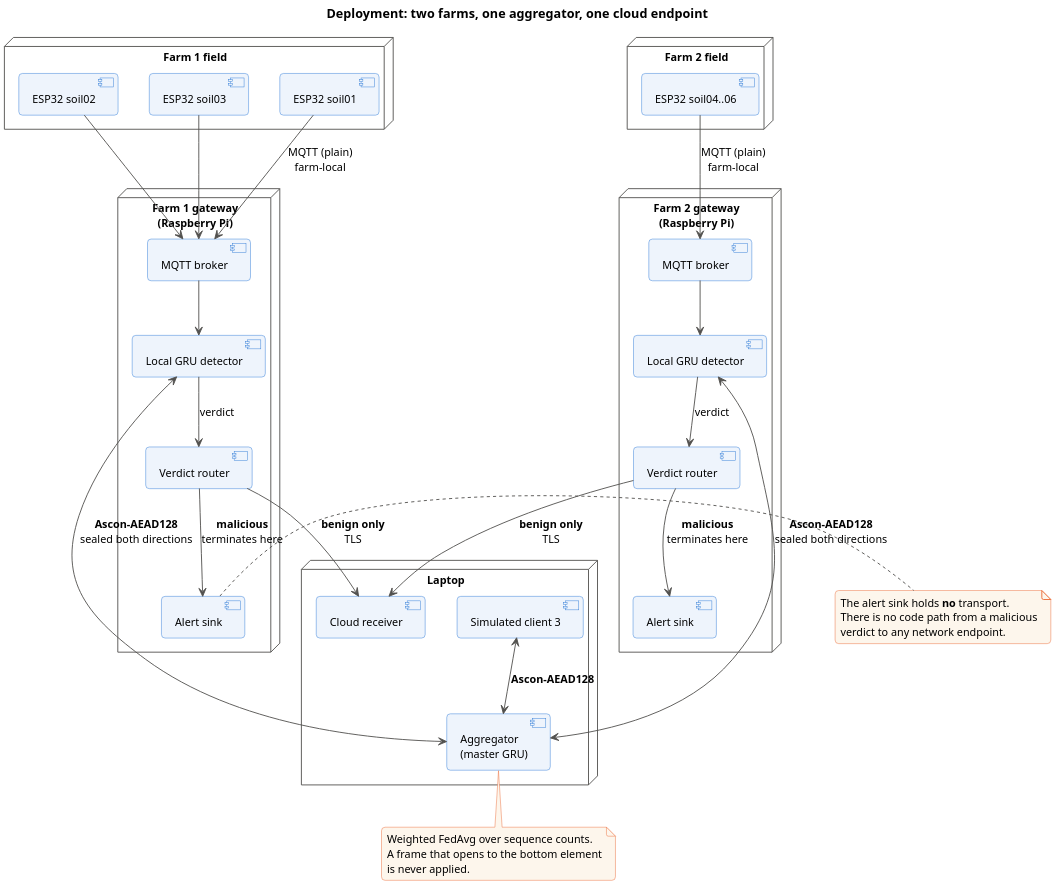
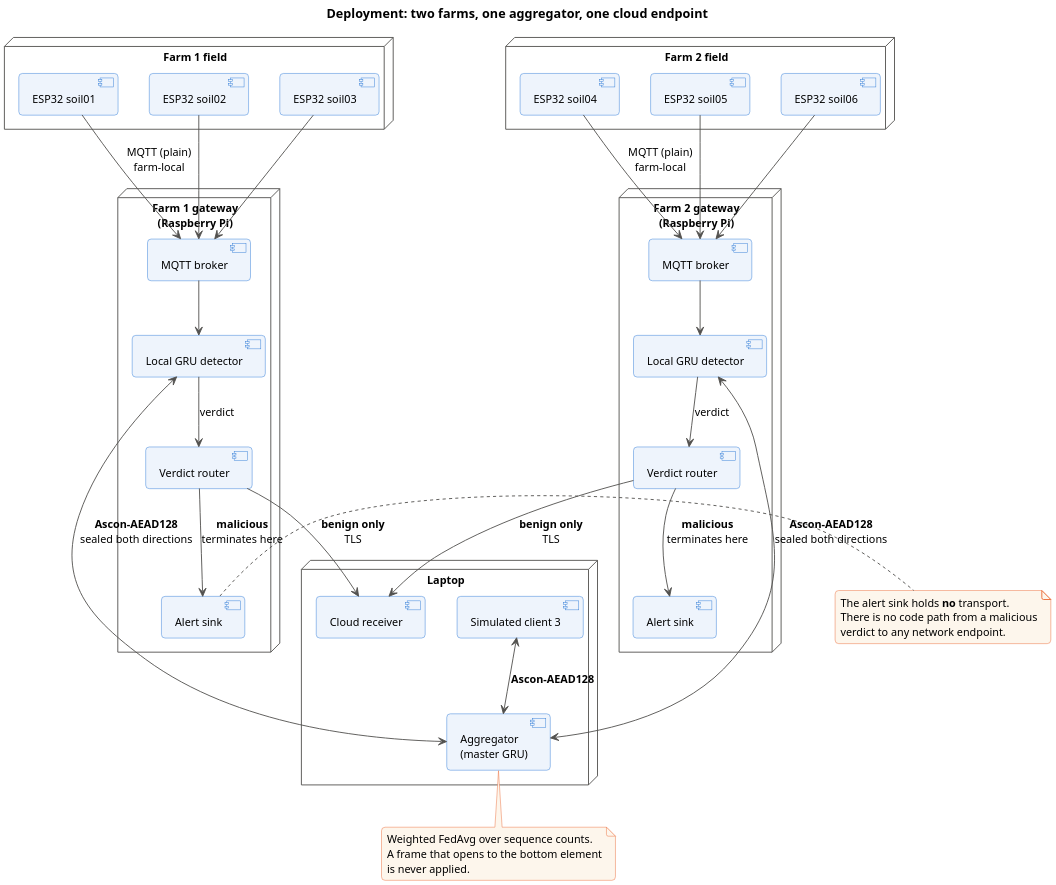
The diagram in paper/diagrams/01_deployment.puml (AryanAgarwal1251/ascon_smart_agri), drawn with PlantUML before and after one commit. The commit also changed 4 other files, not shown here.

```diff
--- a/paper/diagrams/01_deployment.puml
+++ b/paper/diagrams/01_deployment.puml
@@ -1,92 +1,96 @@
 @startuml deployment
 ' Deployment view: what runs where, and what protects each hop.
 ' Render: see paper/diagrams/README.md
 
 ' render at 2x so the raster export is print-resolution at column width
 scale 2
 skinparam defaultFontName Helvetica
 skinparam defaultFontSize 12
 skinparam shadowing false
 skinparam roundCorner 8
 skinparam ArrowColor #52514e
 skinparam NoteBackgroundColor #fdf6ec
 skinparam NoteBorderColor #eb6834
 
 skinparam node {
   BackgroundColor #ffffff
   BorderColor #52514e
 }
 skinparam component {
   BackgroundColor #eef4fc
   BorderColor #2a78d6
 }
 skinparam database {
   BackgroundColor #eef9f4
   BorderColor #1baf7a
 }
 
 title Deployment: two farms, one aggregator, one cloud endpoint
 
 node "Farm 1 field" as F1 {
   component "ESP32 soil01" as S1
   component "ESP32 soil02" as S2
   component "ESP32 soil03" as S3
 }
 
 node "Farm 1 gateway\n(Raspberry Pi)" as G1 {
   component "MQTT broker" as B1
   component "Local GRU detector" as D1
   component "Verdict router" as R1
   component "Alert sink" as A1
 }
 
 node "Farm 2 field" as F2 {
-  component "ESP32 soil04..06" as S4
+  component "ESP32 soil04" as S4
+  component "ESP32 soil05" as S5
+  component "ESP32 soil06" as S6
 }
 
 node "Farm 2 gateway\n(Raspberry Pi)" as G2 {
   component "MQTT broker" as B2
   component "Local GRU detector" as D2
   component "Verdict router" as R2
   component "Alert sink" as A2
 }
 
 node "Laptop" as L {
   component "Aggregator\n(master GRU)" as AGG
   component "Simulated client 3" as SIM
   component "Cloud receiver" as CLOUD
 }
 
 S1 --> B1 : MQTT (plain)\nfarm-local
 S2 --> B1
 S3 --> B1
 S4 --> B2 : MQTT (plain)\nfarm-local
+S5 --> B2
+S6 --> B2
 
 B1 --> D1
 B2 --> D2
 D1 --> R1 : verdict
 D2 --> R2 : verdict
 
 R1 --> A1 : <b>malicious</b>\nterminates here
 R2 --> A2 : <b>malicious</b>\nterminates here
 
 R1 --> CLOUD : <b>benign only</b>\nTLS
 R2 --> CLOUD : <b>benign only</b>\nTLS
 
 D1 <--> AGG : <b>Ascon-AEAD128</b>\nsealed both directions
 D2 <--> AGG : <b>Ascon-AEAD128</b>\nsealed both directions
 SIM <--> AGG : <b>Ascon-AEAD128</b>
 
 note right of A1
   The alert sink holds <b>no</b> transport.
   There is no code path from a malicious
   verdict to any network endpoint.
 end note
 
 note bottom of AGG
   Weighted FedAvg over sequence counts.
   A frame that opens to the bottom element
   is never applied.
 end note
 
 @enduml
```
